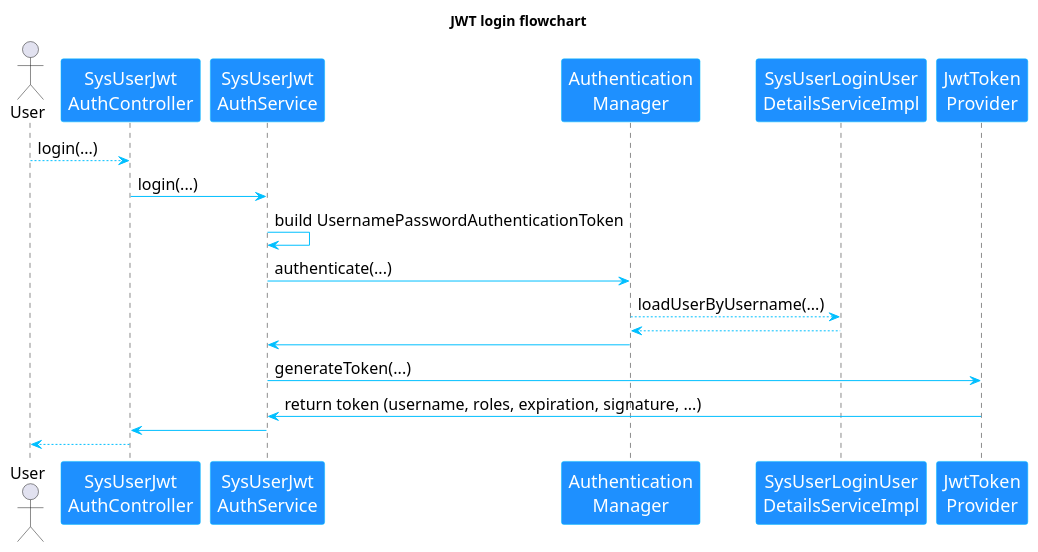
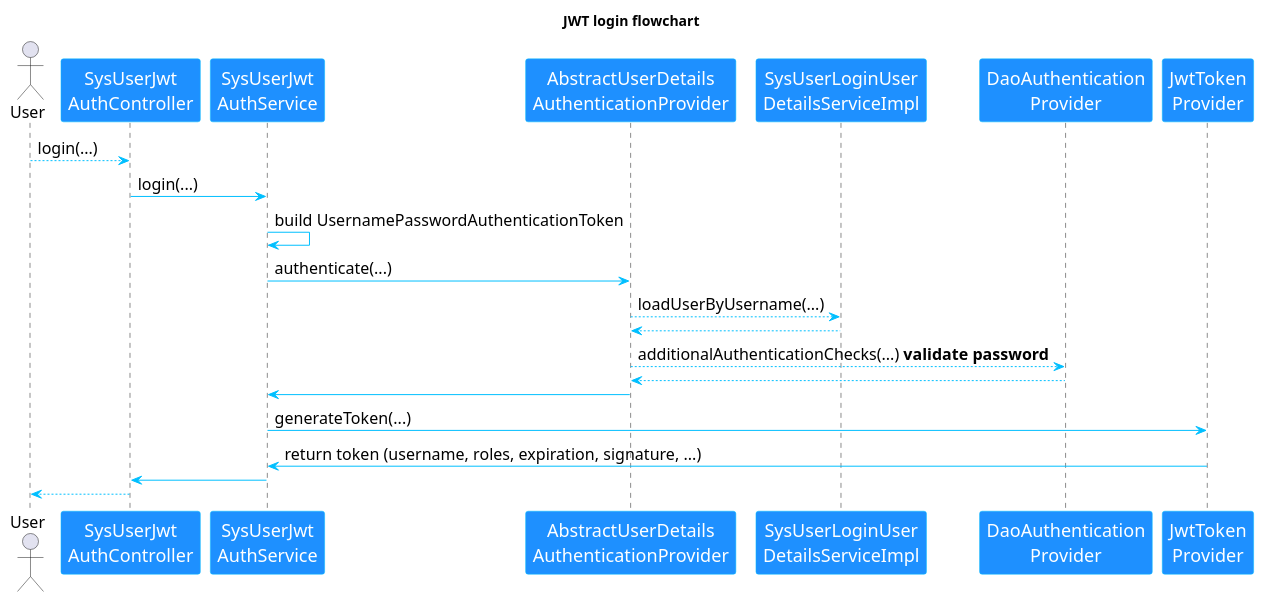
One commit to Camio1945/huava changed the diagram in docs/v0.0.6/01.jwt_login.puml. Above: the diagram before and after it, drawn with PlantUML. The commit also changed 71 other files, not shown here.

```diff
--- a/docs/v0.0.6/01.jwt_login.puml
+++ b/docs/v0.0.6/01.jwt_login.puml
@@ -1,25 +1,27 @@
 @startuml
 ' The following is the global default style (do not use Fira Code font, otherwise the Chinese will not be displayed)
 skinparam DefaultFontName Microsoft YaHei
 skinparam DefaultFontSize 16
 skinparam ArrowColor DeepSkyBlue
 ' The following is the style of the actor (class)
 skinparam ParticipantFontColor White
 skinparam ParticipantBorderColor DeepSkyBlue
 skinparam ParticipantBackgroundColor DodgerBlue
 skinparam ParticipantFontSize 18
 ' Here is the flowchart code
 title JWT login flowchart
 actor User
 User --> "SysUserJwt\nAuthController": login(...)
 "SysUserJwt\nAuthController" -> "SysUserJwt\nAuthService": login(...)
 "SysUserJwt\nAuthService" -> "SysUserJwt\nAuthService": build UsernamePasswordAuthenticationToken
-"SysUserJwt\nAuthService" -> "Authentication\nManager": authenticate(...)
-"Authentication\nManager" --> "SysUserLoginUser\nDetailsServiceImpl": loadUserByUsername(...)
-"Authentication\nManager" <-- "SysUserLoginUser\nDetailsServiceImpl"
-"SysUserJwt\nAuthService" <- "Authentication\nManager"
+"SysUserJwt\nAuthService" -> "AbstractUserDetails\nAuthenticationProvider": authenticate(...)
+"AbstractUserDetails\nAuthenticationProvider" --> "SysUserLoginUser\nDetailsServiceImpl": loadUserByUsername(...)
+"AbstractUserDetails\nAuthenticationProvider" <-- "SysUserLoginUser\nDetailsServiceImpl"
+"AbstractUserDetails\nAuthenticationProvider" --> "DaoAuthentication\nProvider": additionalAuthenticationChecks(...) **validate password**
+"AbstractUserDetails\nAuthenticationProvider" <-- "DaoAuthentication\nProvider"
+"SysUserJwt\nAuthService" <- "AbstractUserDetails\nAuthenticationProvider"
 "SysUserJwt\nAuthService" -> "JwtToken\nProvider":generateToken(...)
 "SysUserJwt\nAuthService" <- "JwtToken\nProvider":return token (username, roles, expiration, signature, ...)
 "SysUserJwt\nAuthController" <- "SysUserJwt\nAuthService"
 User <-- "SysUserJwt\nAuthController"
 @enduml
```
